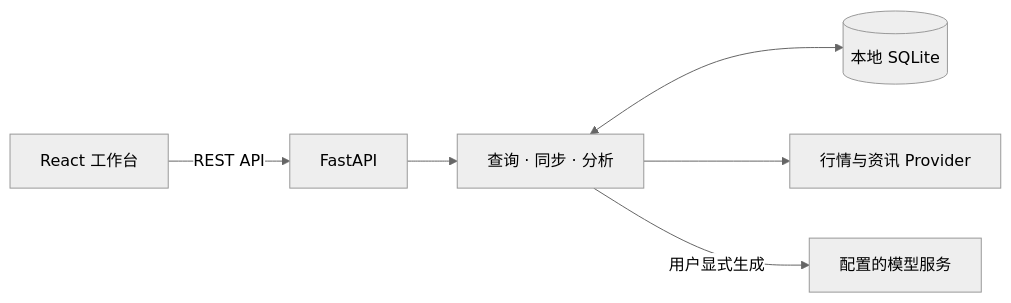
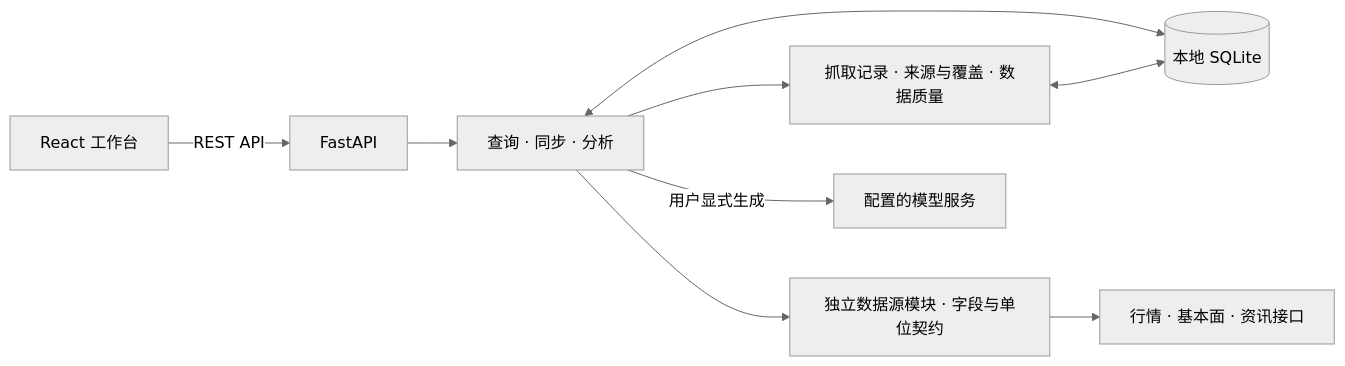
One commit to BirdieMoon-peter/Investment-Board changed the diagram in README.md. Above: the diagram before and after it, drawn with Mermaid (neutral theme). The commit also changed other lines of this file and 1 other file, not shown here.

Commit message:
docs: introduce source-aware stock and ETF research architecture

````diff
--- a/README.md
+++ b/README.md
@@ -169,8 +185,11 @@
 ```mermaid
 flowchart LR
     UI[React 工作台] -->|REST API| API[FastAPI]
     API --> Services[查询 · 同步 · 分析]
     Services <--> DB[(本地 SQLite)]
-    Services --> Data[行情与资讯 Provider]
+    Services --> Sources[独立数据源模块 · 字段与单位契约]
+    Sources --> Data[行情 · 基本面 · 资讯接口]
+    Services --> Quality[抓取记录 · 来源与覆盖 · 数据质量]
+    Quality <--> DB
     Services -->|用户显式生成| AI[配置的模型服务]
 ```
````
